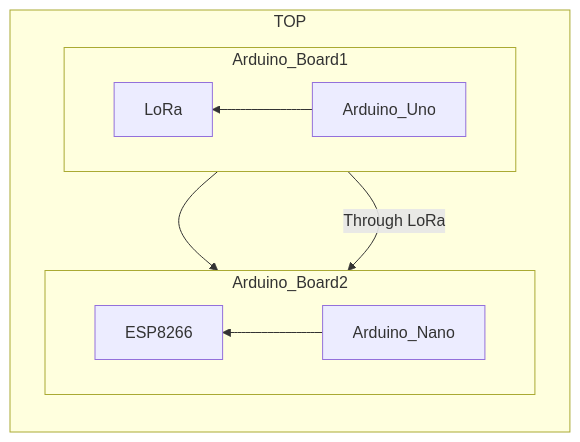
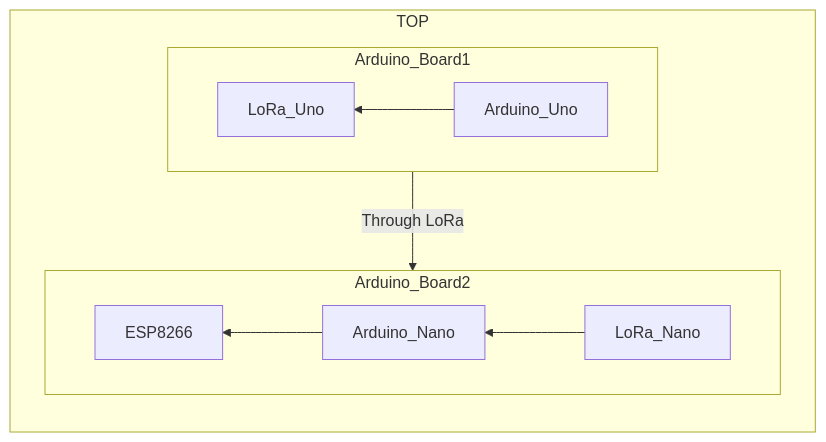
The second of 2 diagrams in README.md (william60302/IoT_Team2), drawn with Mermaid before and after one commit.

````diff
--- a/README.md
+++ b/README.md
@@ -34,16 +34,16 @@
 ```mermaid
 flowchart LR
   subgraph TOP
     direction TB
     subgraph Arduino_Board1
         direction RL
-        Arduino_Uno -->LoRa
+        Arduino_Uno --> LoRa_Uno
     end
     subgraph Arduino_Board2
         direction RL
-        LoRa --> Arduino_Nano --> ESP8266
+        LoRa_Nano --> Arduino_Nano --> ESP8266
     end
   end
-  Arduino_Uno-- Through LoRa --> Arduino_Nano
+  Arduino_Board1-- Through LoRa --> Arduino_Board2
 
 ```
````
